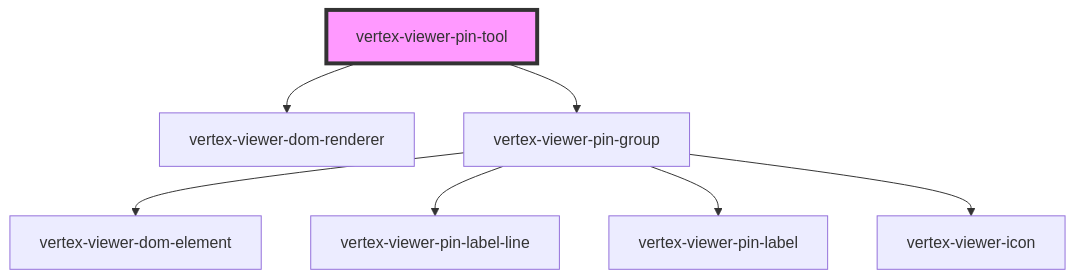
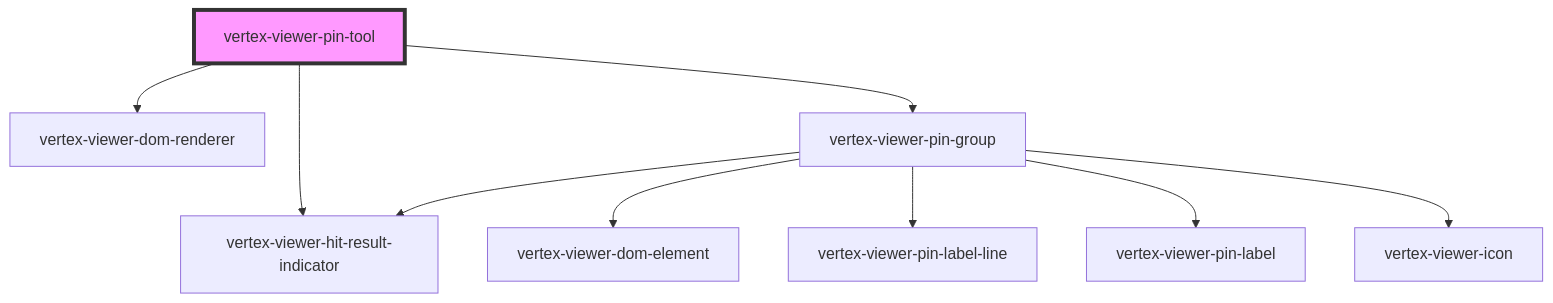
One commit to Vertexvis/vertex-web-sdk changed the diagram in packages/viewer/src/components/viewer-pin-tool/readme.md. Above: the diagram before and after it, drawn with Mermaid. The commit also changed other lines of this file and 13 other files, not shown here.

````diff
--- a/packages/viewer/src/components/viewer-pin-tool/readme.md
+++ b/packages/viewer/src/components/viewer-pin-tool/readme.md
@@ -209,10 +210,12 @@
 ```mermaid
 graph TD;
   vertex-viewer-pin-tool --> vertex-viewer-dom-renderer
+  vertex-viewer-pin-tool --> vertex-viewer-hit-result-indicator
   vertex-viewer-pin-tool --> vertex-viewer-pin-group
+  vertex-viewer-pin-group --> vertex-viewer-hit-result-indicator
   vertex-viewer-pin-group --> vertex-viewer-dom-element
   vertex-viewer-pin-group --> vertex-viewer-pin-label-line
   vertex-viewer-pin-group --> vertex-viewer-pin-label
   vertex-viewer-pin-group --> vertex-viewer-icon
   style vertex-viewer-pin-tool fill:#f9f,stroke:#333,stroke-width:4px
 ```
````
